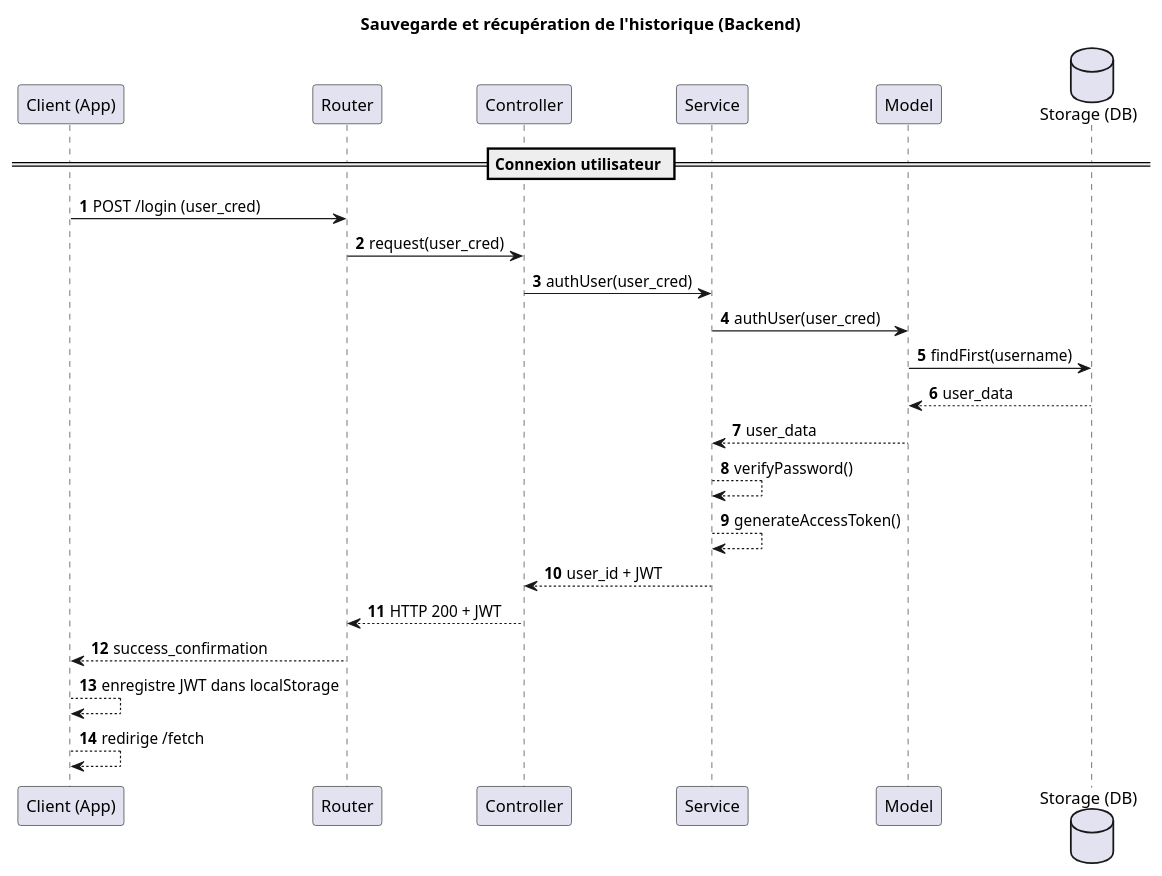
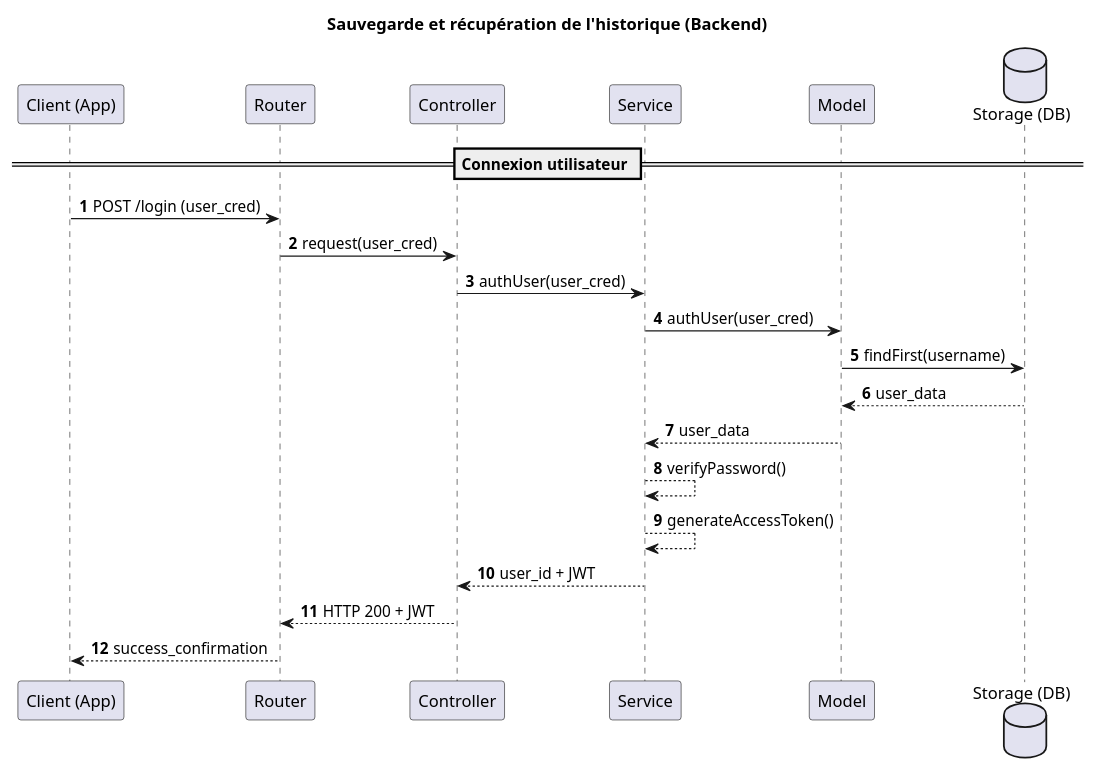
Before and after one commit to TPI2026-NewsGenerator/NewsGenerator-Backend: the diagram in docs/UML/login-sequence-diagram.puml, drawn with PlantUML.

Commit message:
chore: update login sequence diagram

```diff
--- a/docs/UML/login-sequence-diagram.puml
+++ b/docs/UML/login-sequence-diagram.puml
@@ -1,28 +1,27 @@
 @startuml
 title Sauvegarde et récupération de l'historique (Backend)
 autonumber
 
 participant "Client (App)" as Client
 participant "Router" as Router
 participant "Controller" as Controller
 participant "Service" as Service
 participant "Model" as Model
 database "Storage (DB)" as Storage
 
 == Connexion utilisateur ==
 Client -> Router : POST /login (user_cred)
 Router -> Controller : request(user_cred)
 Controller -> Service : authUser(user_cred)
 Service -> Model : authUser(user_cred)
 Model -> Storage : findFirst(username)
 Storage --> Model : user_data
 Model --> Service : user_data
 Service --> Service : verifyPassword()
 Service --> Service : generateAccessToken()
 Service --> Controller : user_id + JWT
 Controller --> Router : HTTP 200 + JWT
 Router --> Client : success_confirmation
-Client --> Client : enregistre JWT dans localStorage
-Client --> Client : redirige /fetch
+
 
 @enduml
```
